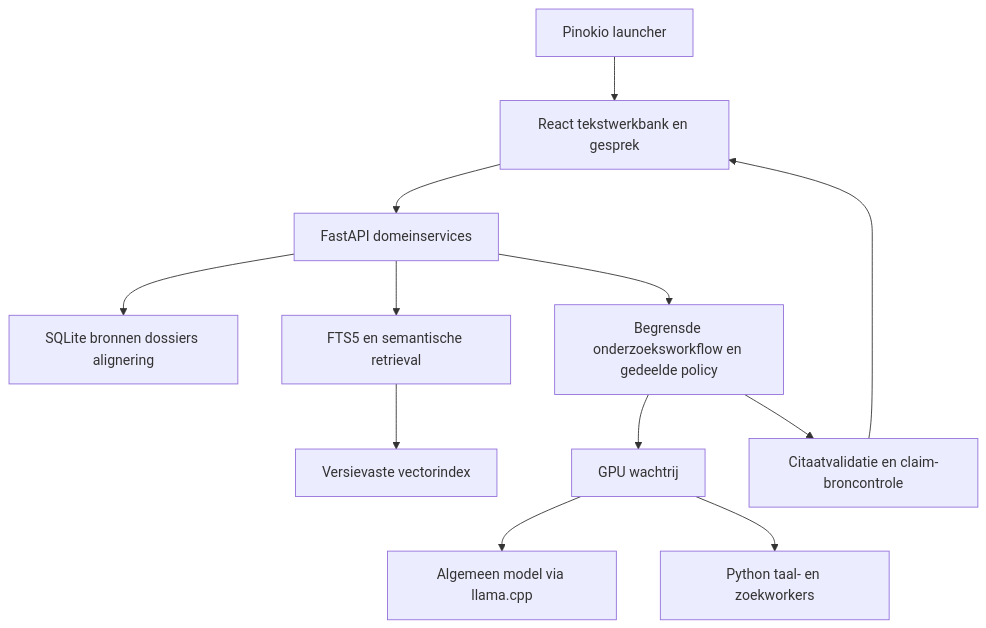
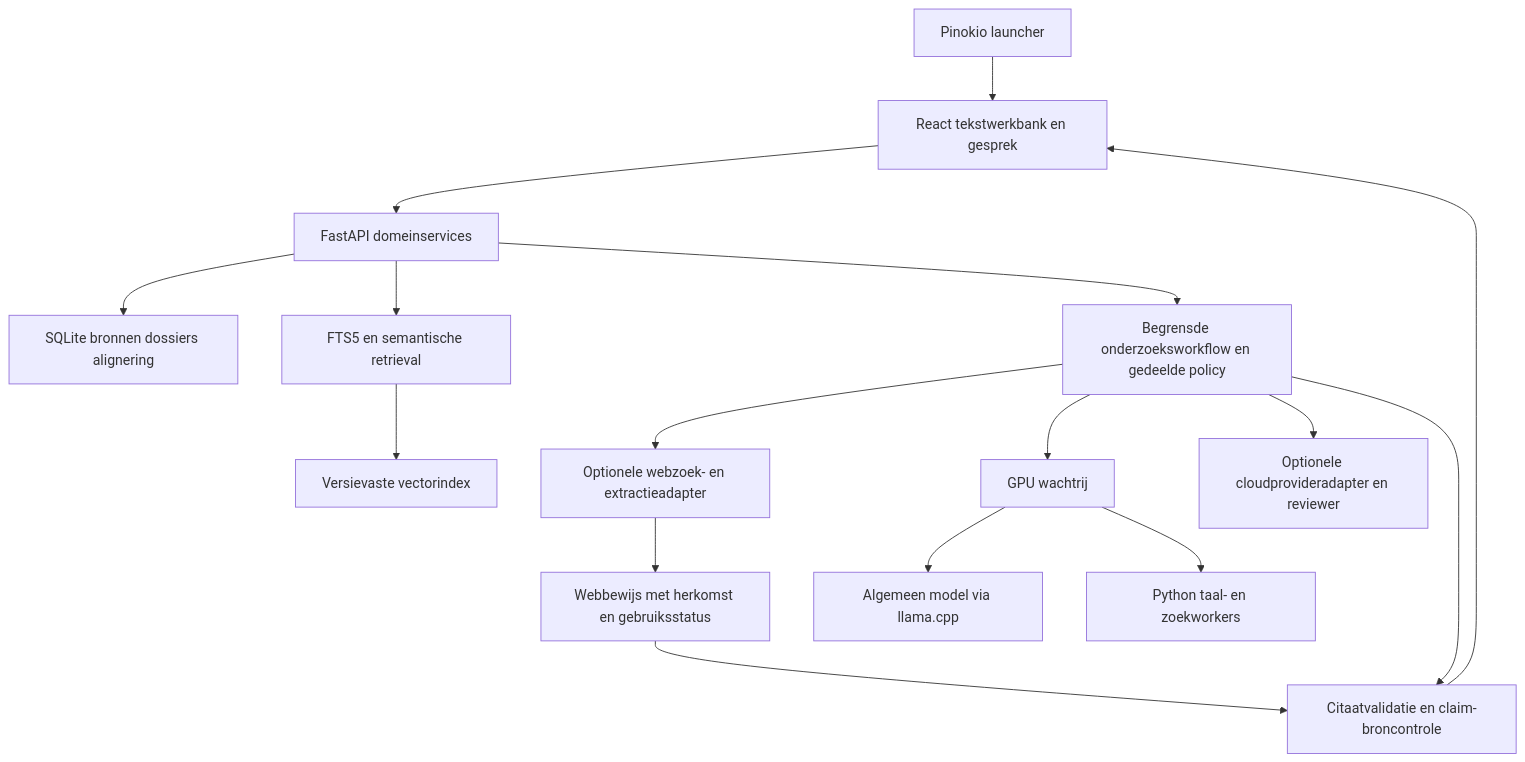
One commit to Euraika-Labs/euraika-compass changed the first of 3 diagrams in docs/plans/2026-11-08-1552-feat-religion-research-app-plan.md. Above: the diagram before and after it, drawn with Mermaid. The commit also changed other lines of this file and 8 other files, not shown here.

````diff
--- a/docs/plans/2026-11-08-1552-feat-religion-research-app-plan.md
+++ b/docs/plans/2026-11-08-1552-feat-religion-research-app-plan.md
@@ -178,14 +199,18 @@
 ```mermaid
 flowchart TB
   P[Pinokio launcher] --> UI[React tekstwerkbank en gesprek]
   UI --> API[FastAPI domeinservices]
   API --> DB[SQLite bronnen dossiers alignering]
   API --> R[FTS5 en semantische retrieval]
   R --> V[Versievaste vectorindex]
   API --> O[Begrensde onderzoeksworkflow en gedeelde policy]
+  O --> W[Optionele webzoek- en extractieadapter]
+  W --> E[Webbewijs met herkomst en gebruiksstatus]
+  E --> C
   O --> Q[GPU wachtrij]
   Q --> L[Algemeen model via llama.cpp]
   Q --> T[Python taal- en zoekworkers]
+  O --> CL[Optionele cloudprovideradapter en reviewer]
   O --> C[Citaatvalidatie en claim-broncontrole]
   C --> UI
 ```
````
